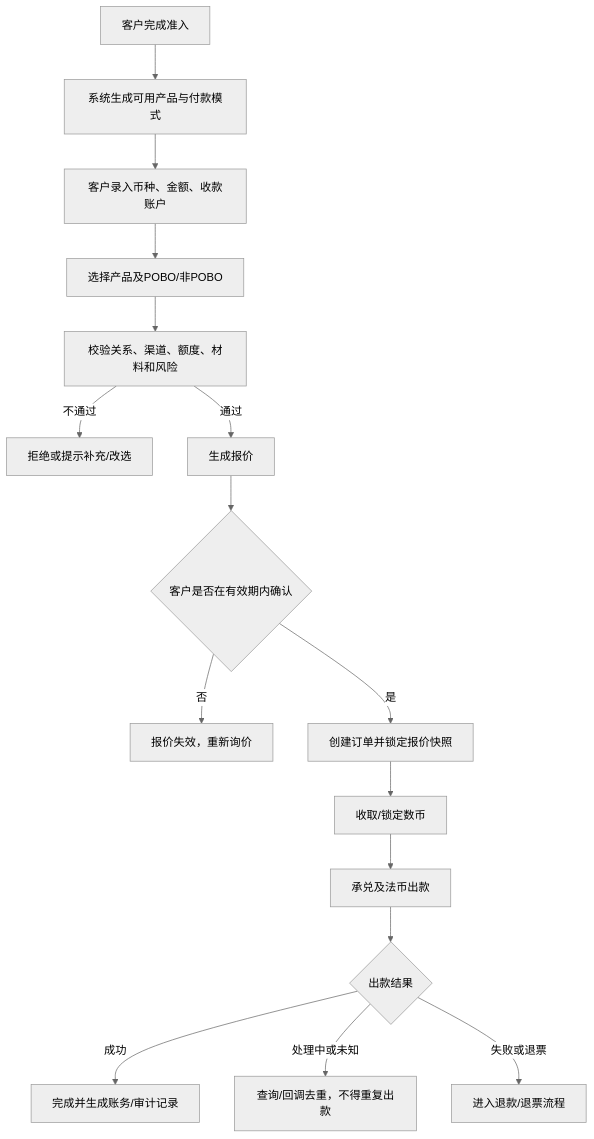
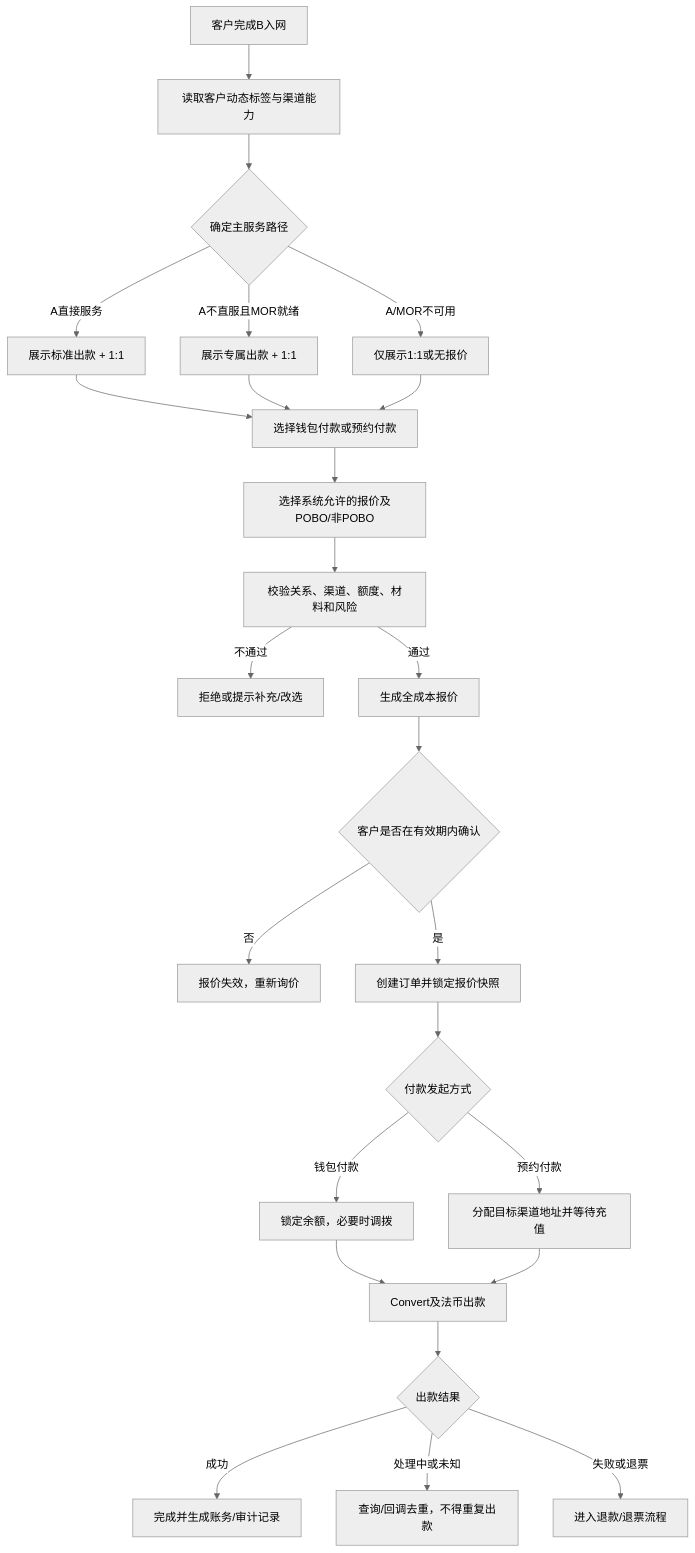
The third of 4 diagrams in MORSolutions/解决方案/Offramp产品PRD.md (xiaoxiaoangie/EX-NEW), drawn with Mermaid (neutral theme) before and after one commit. The commit also changed other lines of this file and 5 other files, not shown here.

````diff
--- a/MORSolutions/解决方案/Offramp产品PRD.md
+++ b/MORSolutions/解决方案/Offramp产品PRD.md
@@ -283,18 +364,27 @@
 ```mermaid
 flowchart TD
-    A["客户完成准入"] --> B["系统生成可用产品与付款模式"]
-    B --> C["客户录入币种、金额、收款账户"]
-    C --> D["选择产品及POBO/非POBO"]
-    D --> E["校验关系、渠道、额度、材料和风险"]
-    E -->|不通过| X["拒绝或提示补充/改选"]
-    E -->|通过| F["生成报价"]
+    A["客户完成B入网"] --> B["读取客户动态标签与渠道能力"]
+    B --> C{"确定主服务路径"}
+    C -->|A直接服务| D["展示标准出款 + 1:1"]
+    C -->|A不直服且MOR就绪| E["展示专属出款 + 1:1"]
+    C -->|A/MOR不可用| E1["仅展示1:1或无报价"]
+    D --> F0["选择钱包付款或预约付款"]
+    E --> F0
+    E1 --> F0
+    F0 --> F1["选择系统允许的报价及POBO/非POBO"]
+    F1 --> E2["校验关系、渠道、额度、材料和风险"]
+    E2 -->|不通过| X["拒绝或提示补充/改选"]
+    E2 -->|通过| F["生成全成本报价"]
     F --> G{"客户是否在有效期内确认"}
     G -->|否| H["报价失效，重新询价"]
     G -->|是| I["创建订单并锁定报价快照"]
-    I --> J["收取/锁定数币"]
-    J --> K["承兑及法币出款"]
+    I --> J{"付款发起方式"}
+    J -->|钱包付款| J1["锁定余额，必要时调拨"]
+    J -->|预约付款| J2["分配目标渠道地址并等待充值"]
+    J1 --> K["Convert及法币出款"]
+    J2 --> K
     K --> L{"出款结果"}
     L -->|成功| M["完成并生成账务/审计记录"]
     L -->|处理中或未知| N["查询/回调去重，不得重复出款"]
     L -->|失败或退票| O["进入退款/退票流程"]
 ```
````
